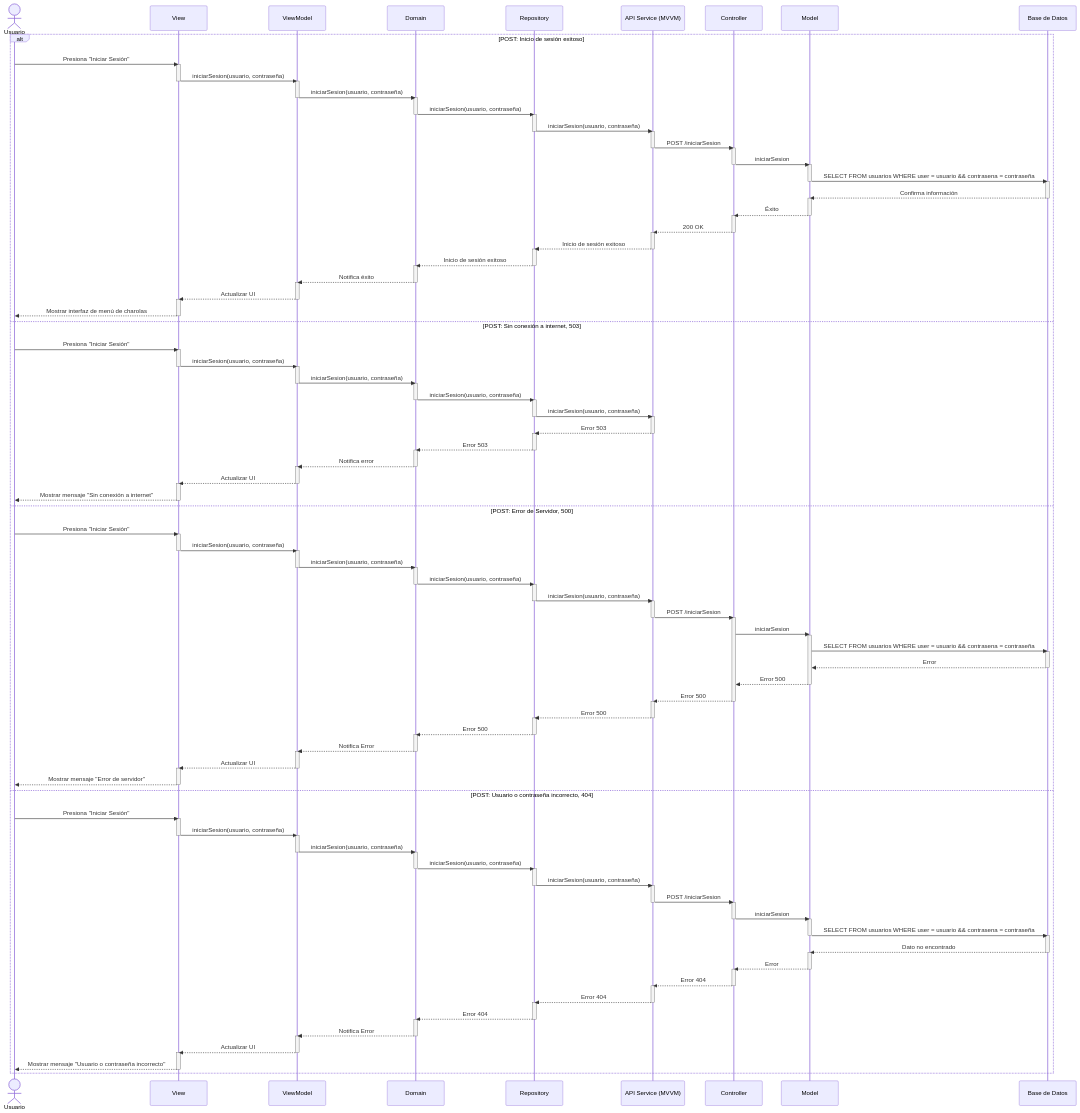
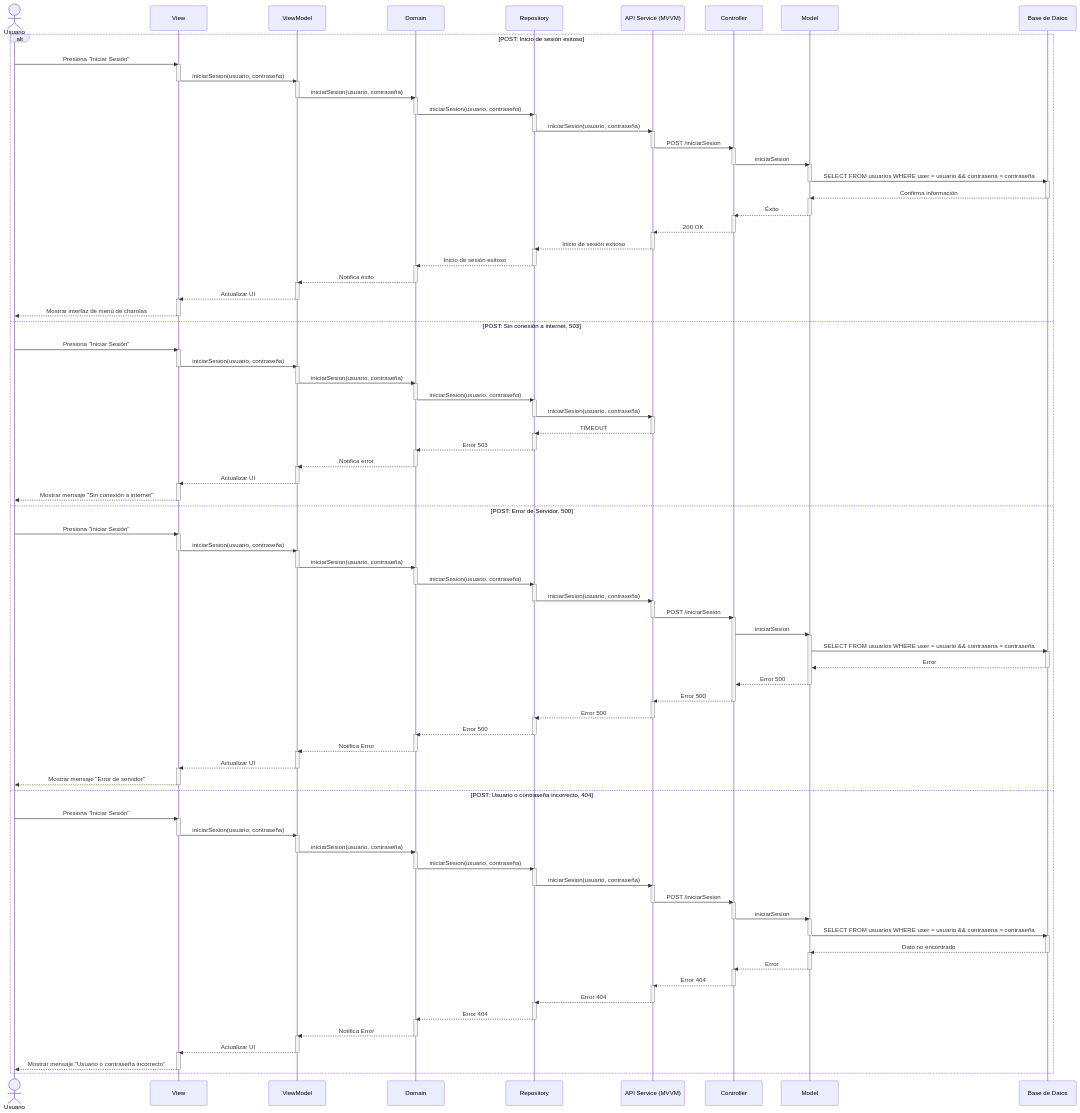
One commit to CodeAnd-Co/Documentacion changed the diagram in documentation/docs/proyectos/larvas/documentacion/requisitos/RF1.md. Above: the diagram before and after it, drawn with Mermaid.

Commit message:
Incluido Timeout en caso de sin internet

```diff
--- a/documentation/docs/proyectos/larvas/documentacion/requisitos/RF1.md
+++ b/documentation/docs/proyectos/larvas/documentacion/requisitos/RF1.md
@@ -116,7 +116,7 @@
         deactivate Repository
         activate APIService
 
-        APIService-->>Repository: Error 503
+        APIService-->>Repository: TIMEOUT
         deactivate APIService
         activate Repository
 
```
